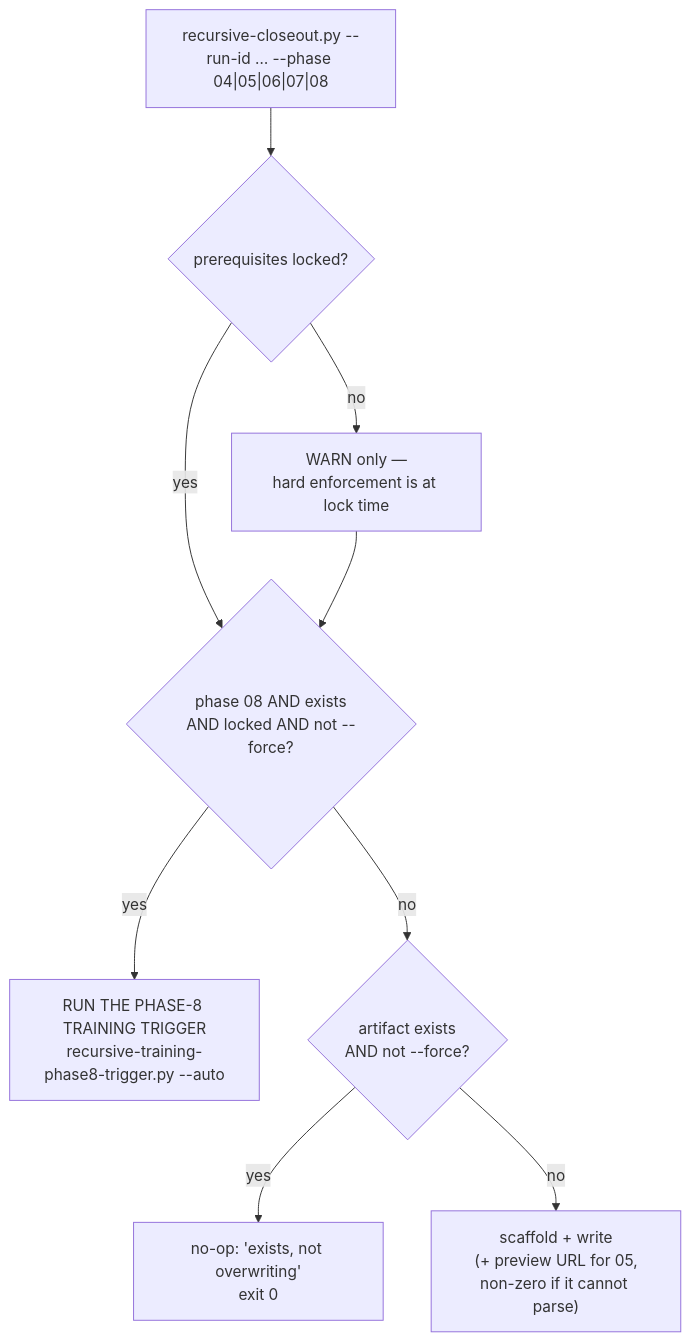
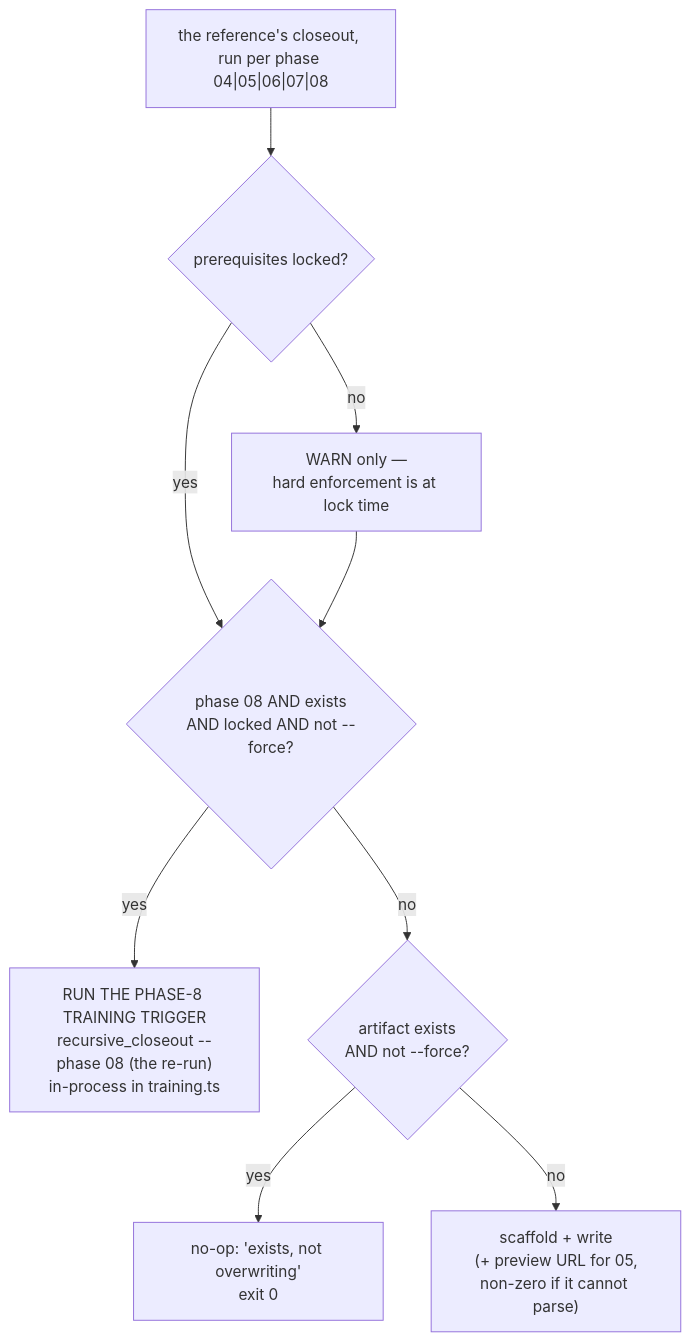
One commit to try-works/dsh-recursive-mode changed the fifth of 6 diagrams in WORKFLOW.md. Above: the diagram before and after it, drawn with Mermaid. The commit also changed other lines of this file and 42 other files, not shown here.

````diff
--- a/WORKFLOW.md
+++ b/WORKFLOW.md
@@ -164,11 +164,11 @@
 ```mermaid
 flowchart TD
-  R1["recursive-closeout.py --run-id … --phase 04|05|06|07|08"] --> R2{"prerequisites locked?"}
+  R1["the reference's closeout, run per phase 04|05|06|07|08"] --> R2{"prerequisites locked?"}
   R2 -->|no| R3["WARN only —<br/>hard enforcement is at lock time"]
   R2 -->|yes| R4{"phase 08 AND exists<br/>AND locked AND not --force?"}
   R3 --> R4
-  R4 -->|yes| R5["RUN THE PHASE-8 TRAINING TRIGGER<br/>recursive-training-phase8-trigger.py --auto"]
+  R4 -->|yes| R5["RUN THE PHASE-8 TRAINING TRIGGER<br/>recursive_closeout --phase 08 (the re-run)<br/>in-process in training.ts"]
   R4 -->|no| R6{"artifact exists<br/>AND not --force?"}
   R6 -->|yes| R7["no-op: 'exists, not overwriting'<br/>exit 0"]
   R6 -->|no| R8["scaffold + write<br/>(+ preview URL for 05,<br/>non-zero if it cannot parse)"]
 ```
````
